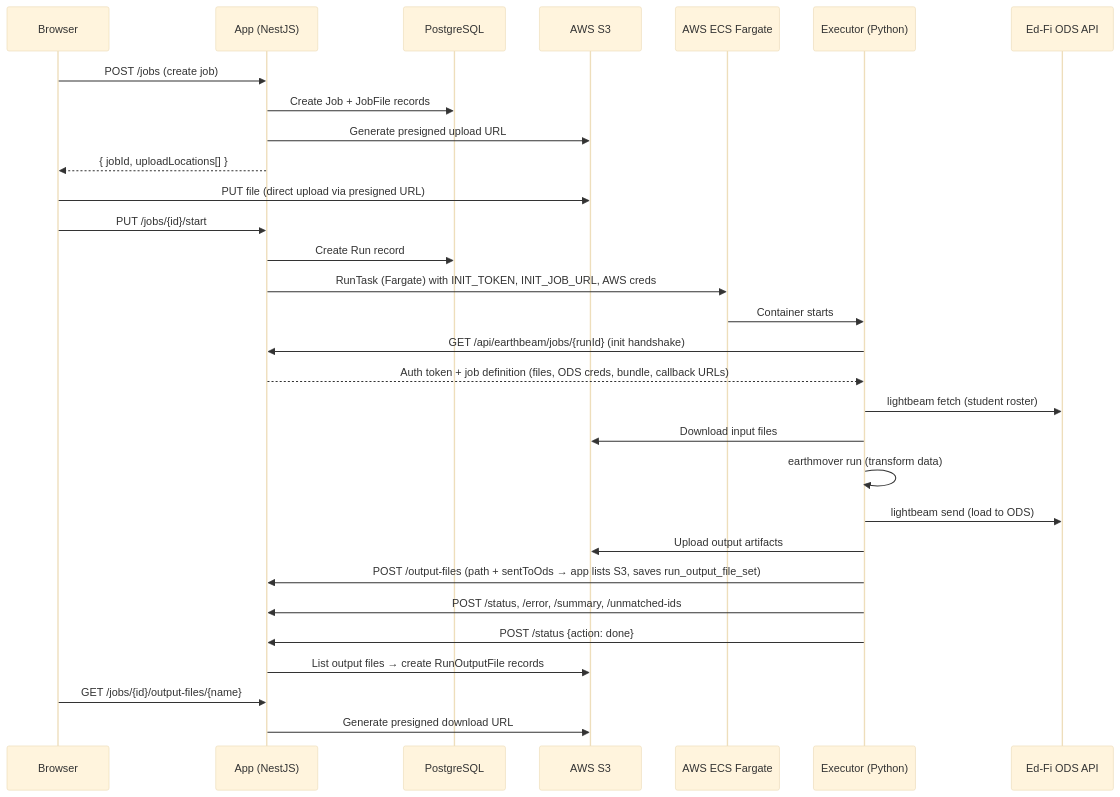
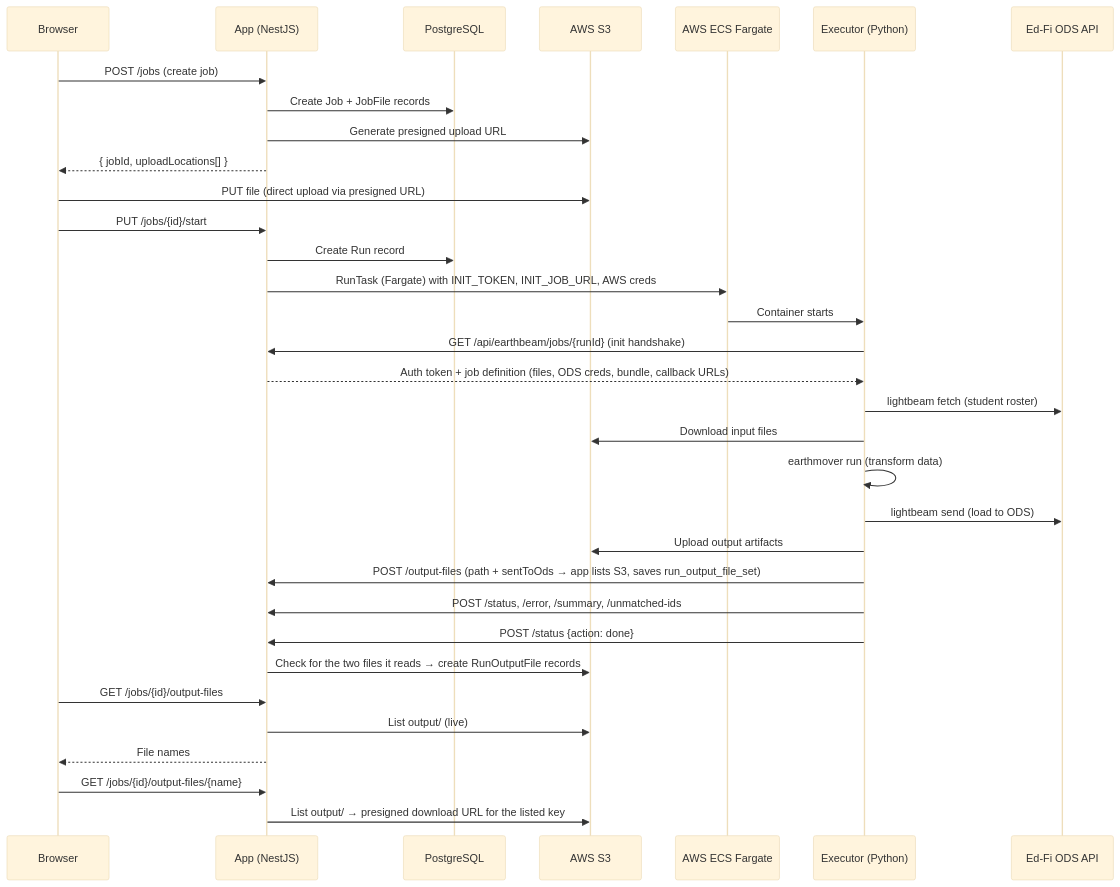
One commit to edanalytics/runway changed the first of 2 diagrams in AGENTS.md. Above: the diagram before and after it, drawn with Mermaid (base theme). The commit also changed other lines of this file and 9 other files, not shown here.

````diff
--- a/AGENTS.md
+++ b/AGENTS.md
@@ -106,40 +106,44 @@
 ```mermaid
 sequenceDiagram
     participant User as Browser
     participant App as App (NestJS)
     participant DB as PostgreSQL
     participant S3 as AWS S3
     participant ECS as AWS ECS Fargate
     participant Exec as Executor (Python)
     participant ODS as Ed-Fi ODS API
 
     User->>App: POST /jobs (create job)
     App->>DB: Create Job + JobFile records
     App->>S3: Generate presigned upload URL
     App-->>User: { jobId, uploadLocations[] }
 
     User->>S3: PUT file (direct upload via presigned URL)
 
     User->>App: PUT /jobs/{id}/start
     App->>DB: Create Run record
     App->>ECS: RunTask (Fargate) with INIT_TOKEN, INIT_JOB_URL, AWS creds
 
     ECS->>Exec: Container starts
     Exec->>App: GET /api/earthbeam/jobs/{runId} (init handshake)
     App-->>Exec: Auth token + job definition (files, ODS creds, bundle, callback URLs)
 
     Exec->>ODS: lightbeam fetch (student roster)
     Exec->>S3: Download input files
     Exec->>Exec: earthmover run (transform data)
     Exec->>ODS: lightbeam send (load to ODS)
     Exec->>S3: Upload output artifacts
     Exec->>App: POST /output-files (path + sentToOds → app lists S3, saves run_output_file_set)
 
     Exec->>App: POST /status, /error, /summary, /unmatched-ids
     Exec->>App: POST /status {action: done}
 
-    App->>S3: List output files → create RunOutputFile records
+    App->>S3: Check for the two files it reads → create RunOutputFile records
+
+    User->>App: GET /jobs/{id}/output-files
+    App->>S3: List output/ (live)
+    App-->>User: File names
 
     User->>App: GET /jobs/{id}/output-files/{name}
-    App->>S3: Generate presigned download URL
+    App->>S3: List output/ → presigned download URL for the listed key
 ```
````
